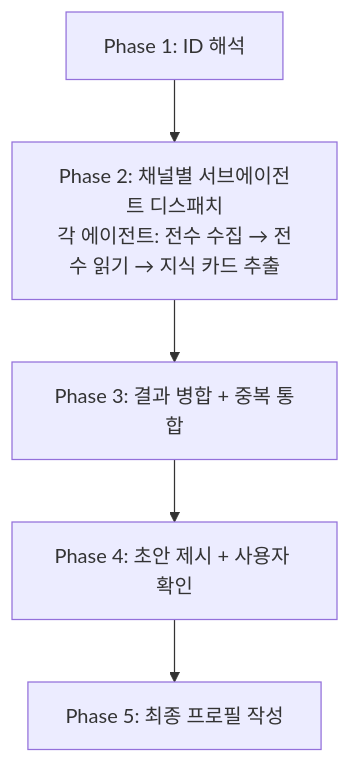
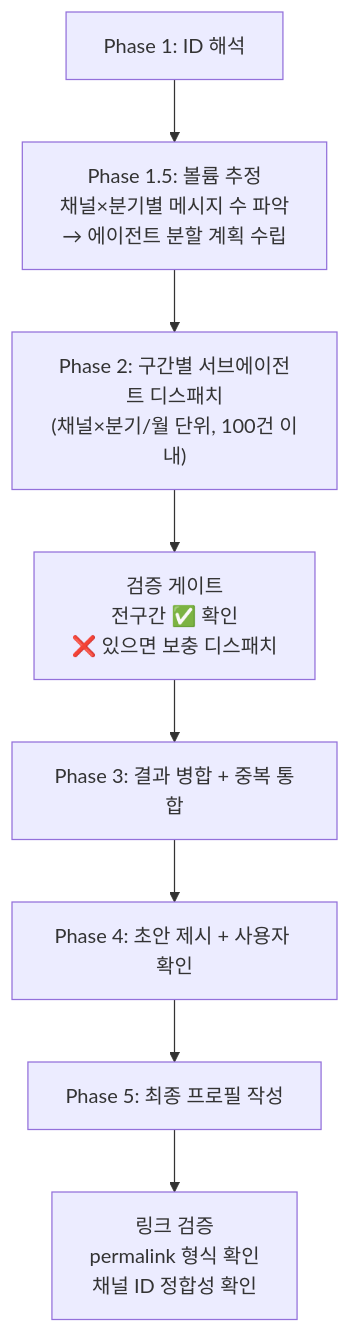
Before and after one commit to flex-team/flex-oncall: the diagram in .claude/skills/slack-profile/SKILL.md, drawn with Mermaid. The commit also changed other lines of this file and 1 other file, not shown here.

````diff
--- a/.claude/skills/slack-profile/SKILL.md
+++ b/.claude/skills/slack-profile/SKILL.md
@@ -110,7 +173,10 @@
 ```mermaid
 flowchart TD
-    A["Phase 1: ID 해석"] --> B["Phase 2: 채널별 서브에이전트 디스패치<br/>각 에이전트: 전수 수집 → 전수 읽기 → 지식 카드 추출"]
-    B --> C["Phase 3: 결과 병합 + 중복 통합"]
+    A["Phase 1: ID 해석"] --> A2["Phase 1.5: 볼륨 추정<br/>채널×분기별 메시지 수 파악<br/>→ 에이전트 분할 계획 수립"]
+    A2 --> B["Phase 2: 구간별 서브에이전트 디스패치<br/>(채널×분기/월 단위, 100건 이내)"]
+    B --> V["검증 게이트<br/>전구간 ✅ 확인<br/>❌ 있으면 보충 디스패치"]
+    V --> C["Phase 3: 결과 병합 + 중복 통합"]
     C --> D["Phase 4: 초안 제시 + 사용자 확인"]
     D --> E["Phase 5: 최종 프로필 작성"]
+    E --> L["링크 검증<br/>permalink 형식 확인<br/>채널 ID 정합성 확인"]
 ```
````
